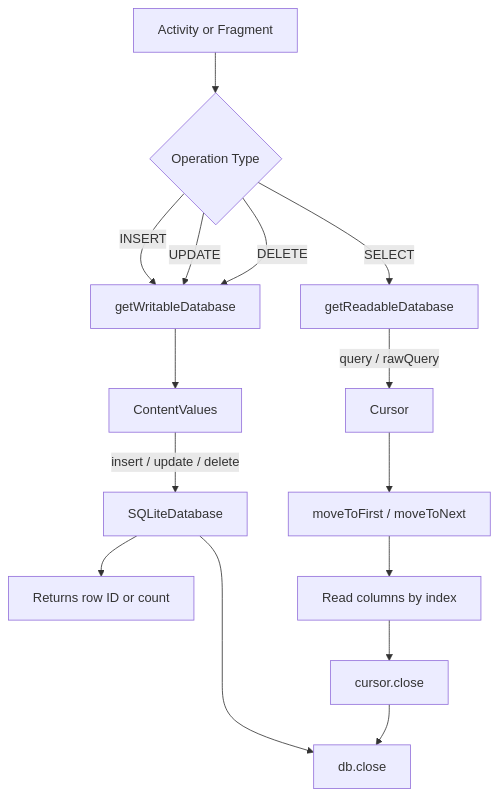
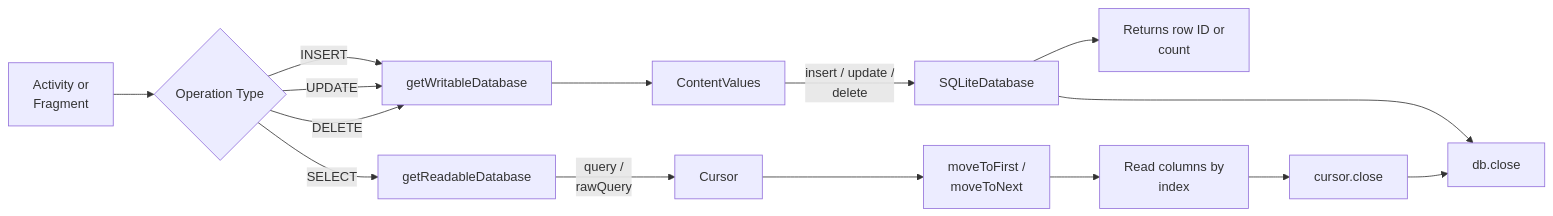
Before and after one commit to amitdevx/TY: the first of 3 diagrams in 02-Semester-VI/CS-357-MJ-T-Android-Programming/Unit-5.md, drawn with Mermaid. The commit also changed other lines of this file and 65 other files, not shown here.

Commit message:
fix:graph vertical

````diff
--- a/02-Semester-VI/CS-357-MJ-T-Android-Programming/Unit-5.md
+++ b/02-Semester-VI/CS-357-MJ-T-Android-Programming/Unit-5.md
@@ -362,17 +362,17 @@
 ```mermaid
-flowchart TD
-    A[Activity or Fragment] --> B{Operation Type}
+flowchart LR
+    A[Activity or<br/>Fragment] --> B{Operation Type}
     B -->|INSERT| C[getWritableDatabase]
     B -->|SELECT| D[getReadableDatabase]
     B -->|UPDATE| C
     B -->|DELETE| C
     C --> E[ContentValues]
-    E -->|insert / update / delete| F[SQLiteDatabase]
-    D -->|query / rawQuery| G[Cursor]
-    F --> H[Returns row ID or count]
-    G --> I[moveToFirst / moveToNext]
-    I --> J[Read columns by index]
+    E -->|insert / update /<br/>delete| F[SQLiteDatabase]
+    D -->|query /<br/>rawQuery| G[Cursor]
+    F --> H[Returns row ID or<br/>count]
+    G --> I[moveToFirst /<br/>moveToNext]
+    I --> J[Read columns by<br/>index]
     J --> K[cursor.close]
     F --> L[db.close]
     K --> L
 ```
````
